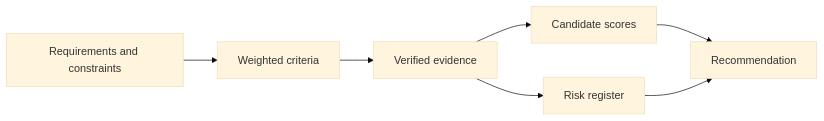
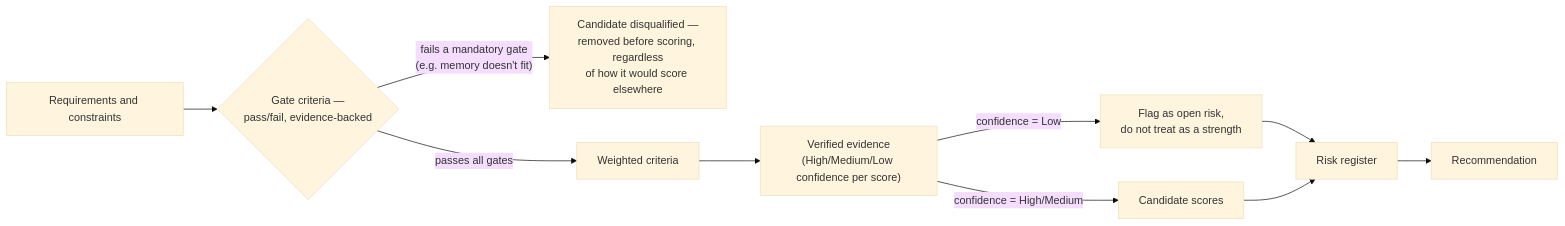
One commit to jithinpnjm/nvidia-devops changed the diagram in docs/nvidia-zero-to-hero/volume-04/labs/lab-01-build-a-gpu-selection-scorecard.md. Above: the diagram before and after it, drawn with Mermaid (base theme). The commit also changed 6 other files, not shown here.

Commit message:
WIP checkpoint: depth rework in progress, NOT verified/built — session hit rate limit mid-run

````diff
--- a/docs/nvidia-zero-to-hero/volume-04/labs/lab-01-build-a-gpu-selection-scorecard.md
+++ b/docs/nvidia-zero-to-hero/volume-04/labs/lab-01-build-a-gpu-selection-scorecard.md
@@ -43,12 +43,12 @@
 ```mermaid
 flowchart LR
-    Inputs[Requirements and constraints]
-    Criteria[Weighted criteria]
-    Evidence[Verified evidence]
-    Score[Candidate scores]
-    Risks[Risk register]
-    Decision[Recommendation]
-
-    Inputs --> Criteria --> Evidence --> Score --> Decision
-    Evidence --> Risks --> Decision
+    Inputs[Requirements and constraints] --> Gates{"Gate criteria —<br/>pass/fail, evidence-backed"}
+    Gates -->|"fails a mandatory gate<br/>(e.g. memory doesn't fit)"| Disqualify["Candidate disqualified —<br/>removed before scoring, regardless<br/>of how it would score elsewhere"]
+    Gates -->|"passes all gates"| Criteria[Weighted criteria]
+    Criteria --> Evidence["Verified evidence<br/>(High/Medium/Low confidence per score)"]
+    Evidence -->|"confidence = Low"| Risk2["Flag as open risk,<br/>do not treat as a strength"]
+    Evidence -->|"confidence = High/Medium"| Score[Candidate scores]
+    Risk2 --> Risks[Risk register]
+    Score --> Risks
+    Risks --> Decision[Recommendation]
 ```
````
